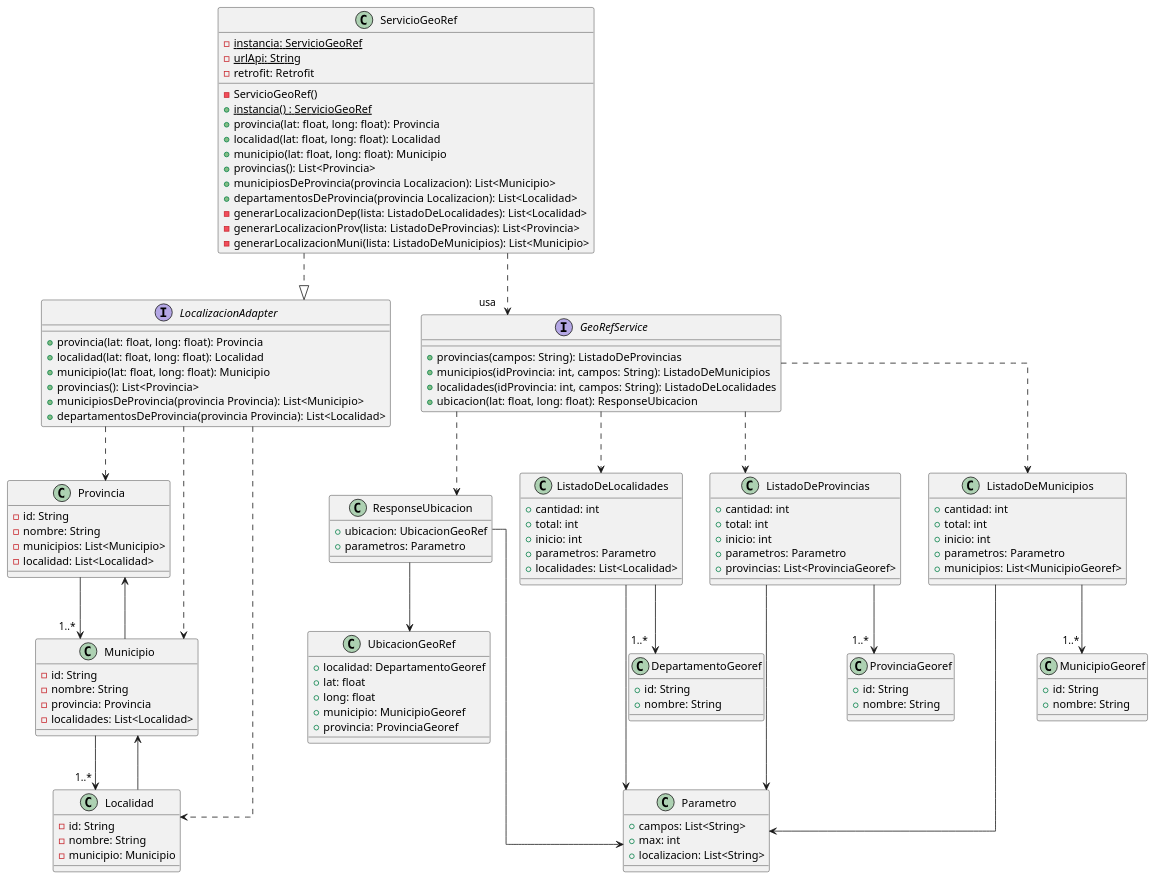
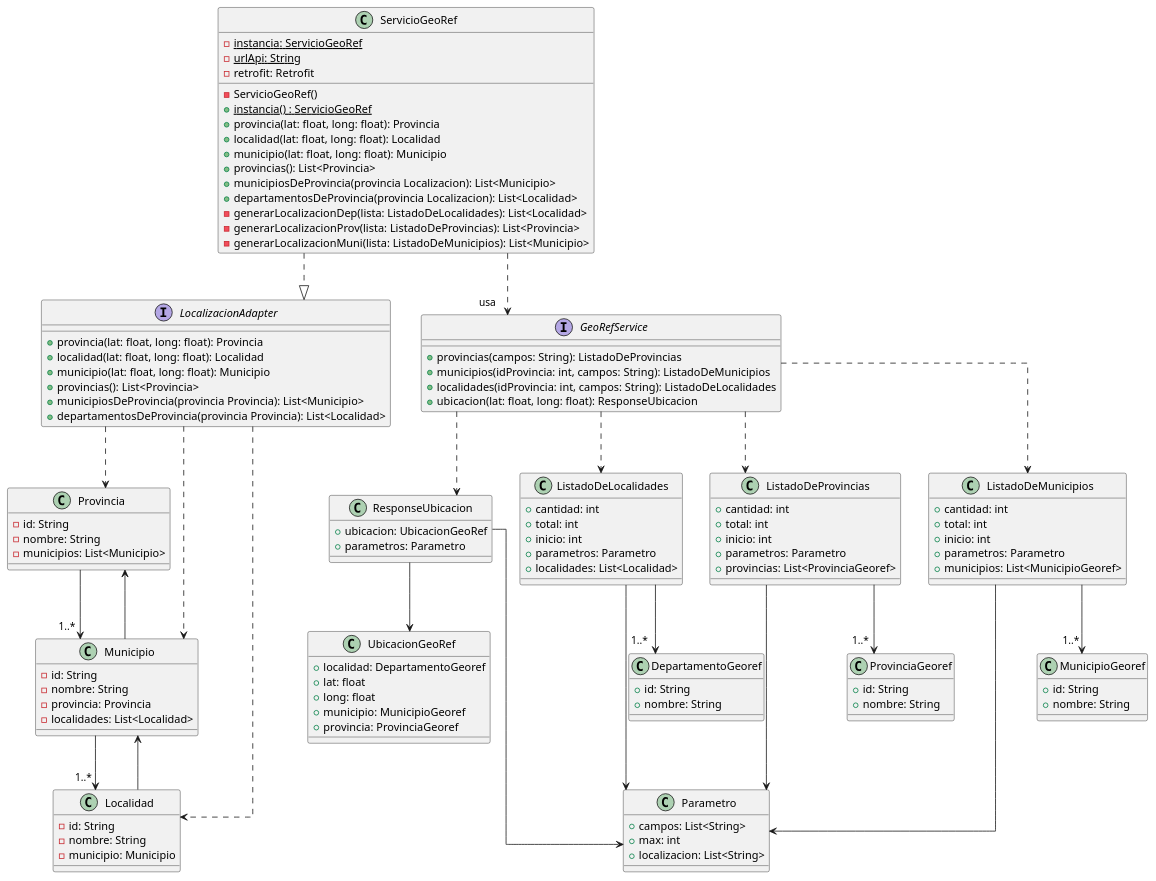
Before and after one commit to mbertogliati/dds-tpa: the diagram in DC/georef.puml, drawn with PlantUML. The commit also changed 1 other file, not shown here.

```diff
--- a/DC/georef.puml
+++ b/DC/georef.puml
@@ -1,139 +1,138 @@
 @startuml
 skinparam linetype ortho
 
 
 Provincia --> "1..*" Municipio
 Municipio --> "1..*" Localidad
 Localidad --> Municipio
 Municipio --> Provincia
 
 class Provincia{
     -id: String
     -nombre: String
     -municipios: List<Municipio>
-    -localidad: List<Localidad>
 }
 
 class Municipio{
     -id: String
     -nombre: String
     -provincia: Provincia
     -localidades: List<Localidad>
 }
 
 class Localidad{
     -id: String
     -nombre: String
     -municipio: Municipio
 }
 
 interface LocalizacionAdapter{
     + provincia(lat: float, long: float): Provincia
     + localidad(lat: float, long: float): Localidad
     + municipio(lat: float, long: float): Municipio
     + provincias(): List<Provincia>
     + municipiosDeProvincia(provincia Provincia): List<Municipio>
     + departamentosDeProvincia(provincia Provincia): List<Localidad>
 }
 LocalizacionAdapter ..> Provincia
 LocalizacionAdapter ..> Localidad
 LocalizacionAdapter ..> Municipio
 
 interface GeoRefService{
     + provincias(campos: String): ListadoDeProvincias
     + municipios(idProvincia: int, campos: String): ListadoDeMunicipios
     + localidades(idProvincia: int, campos: String): ListadoDeLocalidades
     + ubicacion(lat: float, long: float): ResponseUbicacion
 }
 
 ServicioGeoRef ..|> LocalizacionAdapter
 
 class ServicioGeoRef{
     {static} -instancia: ServicioGeoRef
     {static} -urlApi: String
     - retrofit: Retrofit
 
     -ServicioGeoRef()
     {static}+instancia() : ServicioGeoRef
     + provincia(lat: float, long: float): Provincia
     + localidad(lat: float, long: float): Localidad
     + municipio(lat: float, long: float): Municipio
     + provincias(): List<Provincia>
     + municipiosDeProvincia(provincia Localizacion): List<Municipio>
     + departamentosDeProvincia(provincia Localizacion): List<Localidad>
     -generarLocalizacionDep(lista: ListadoDeLocalidades): List<Localidad>
     -generarLocalizacionProv(lista: ListadoDeProvincias): List<Provincia>
     -generarLocalizacionMuni(lista: ListadoDeMunicipios): List<Municipio>
 }
 
 class ResponseUbicacion{
     + ubicacion: UbicacionGeoRef
     + parametros: Parametro
 }
 
 GeoRefService ..> ResponseUbicacion
 ResponseUbicacion --> UbicacionGeoRef
 ResponseUbicacion --> Parametro
 
 class UbicacionGeoRef{
     + localidad: DepartamentoGeoref
     + lat: float
     + long: float
     + municipio: MunicipioGeoref
     + provincia: ProvinciaGeoref
 }
 
 ServicioGeoRef .down.>"usa" GeoRefService
 
 class Parametro{
     + campos: List<String>
     + max: int
     + localizacion: List<String>
 }
 
 class ListadoDeLocalidades{
     + cantidad: int
     + total: int
     + inicio: int
     + parametros: Parametro
     + localidades: List<Localidad>
 }
 ListadoDeLocalidades --> "1..*" DepartamentoGeoref
 ListadoDeLocalidades --> Parametro
 ListadoDeProvincias --> Parametro
 ListadoDeMunicipios ---> Parametro
 class ListadoDeProvincias{
     + cantidad: int
     + total: int
     + inicio: int
     + parametros: Parametro
     + provincias: List<ProvinciaGeoref>
 }
 ListadoDeProvincias --> "1..*" ProvinciaGeoref
 class ListadoDeMunicipios{
     + cantidad: int
     + total: int
     + inicio: int
     + parametros: Parametro
     + municipios: List<MunicipioGeoref>
 }
 ListadoDeMunicipios --> "1..*" MunicipioGeoref
 
 class DepartamentoGeoref{
     +id: String
     +nombre: String
 }
 class ProvinciaGeoref{
     +id: String
     +nombre: String
 }
 class MunicipioGeoref{
     +id: String
     +nombre: String
 }
 
 GeoRefService ..> ListadoDeLocalidades
 GeoRefService ..> ListadoDeProvincias
 GeoRefService ..> ListadoDeMunicipios
 
 @enduml
```
